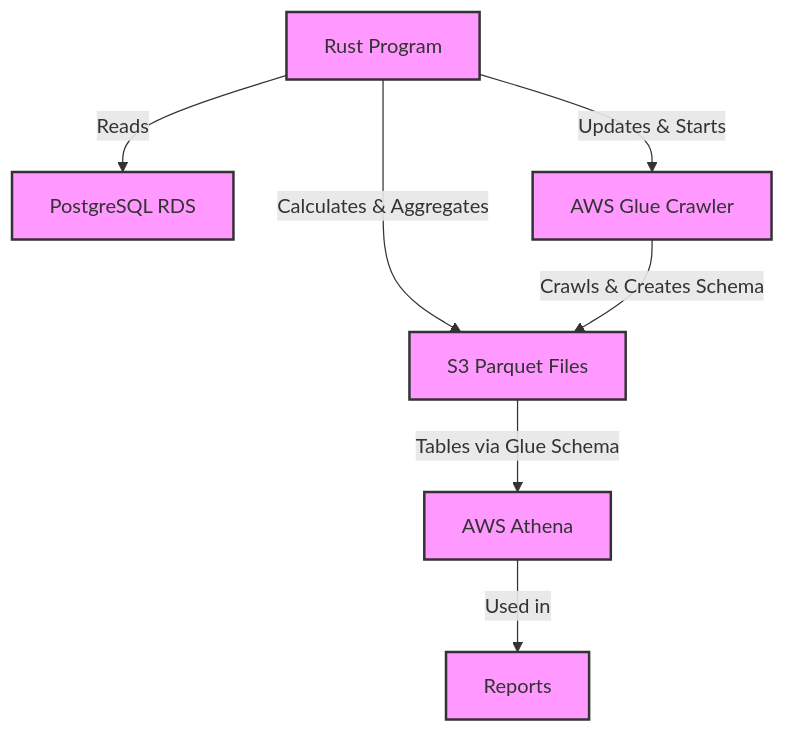
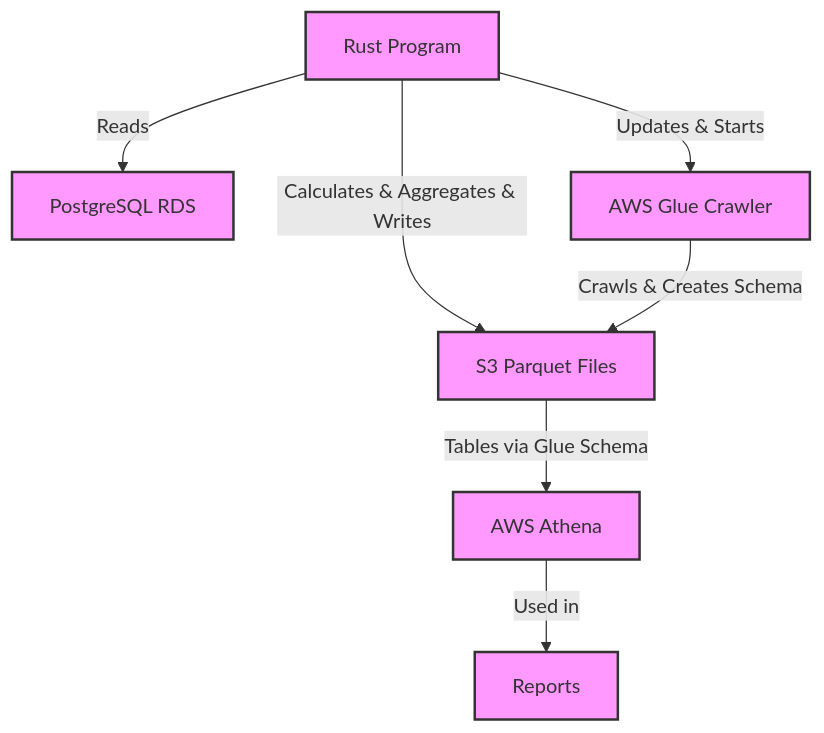
One commit to kraftaa/kraftaa.github.io changed the diagram in 2025-2-28-postgres.md. Above: the diagram before and after it, drawn with Mermaid. The commit also changed other lines of this file, not shown here.

```diff
--- a/2025-2-28-postgres.md
+++ b/2025-2-28-postgres.md
@@ -238,13 +230,13 @@
 <div class="mermaid">
 flowchart TD;
 RustProgram[Rust Program] -->|Reads| PostgresRDS[PostgreSQL RDS];
-RustProgram -->|Calculates & Aggregates| S3ParquetFiles[S3 Parquet Files];
+RustProgram -->|Calculates & Aggregates & Writes| S3ParquetFiles[S3 Parquet Files];
 RustProgram -->|Updates & Starts| AWS_GLUE[AWS Glue Crawler];
 AWS_GLUE[AWS Glue Crawler]-->|Crawls & Creates Schema| S3ParquetFiles[S3 Parquet Files];
 S3ParquetFiles[S3 Parquet Files] -->|Tables via Glue Schema| AWSAthena[AWS Athena];
 AWSAthena -->|Used in| Reports[Reports];
 
     %% Adding styles for clarity
     classDef process fill:#f9f,stroke:#333,stroke-width:2px;
     class RustProgram,PostgresRDS,S3ParquetFiles,AWS_GLUE,AWSAthena,Reports process;
 </div>
```
